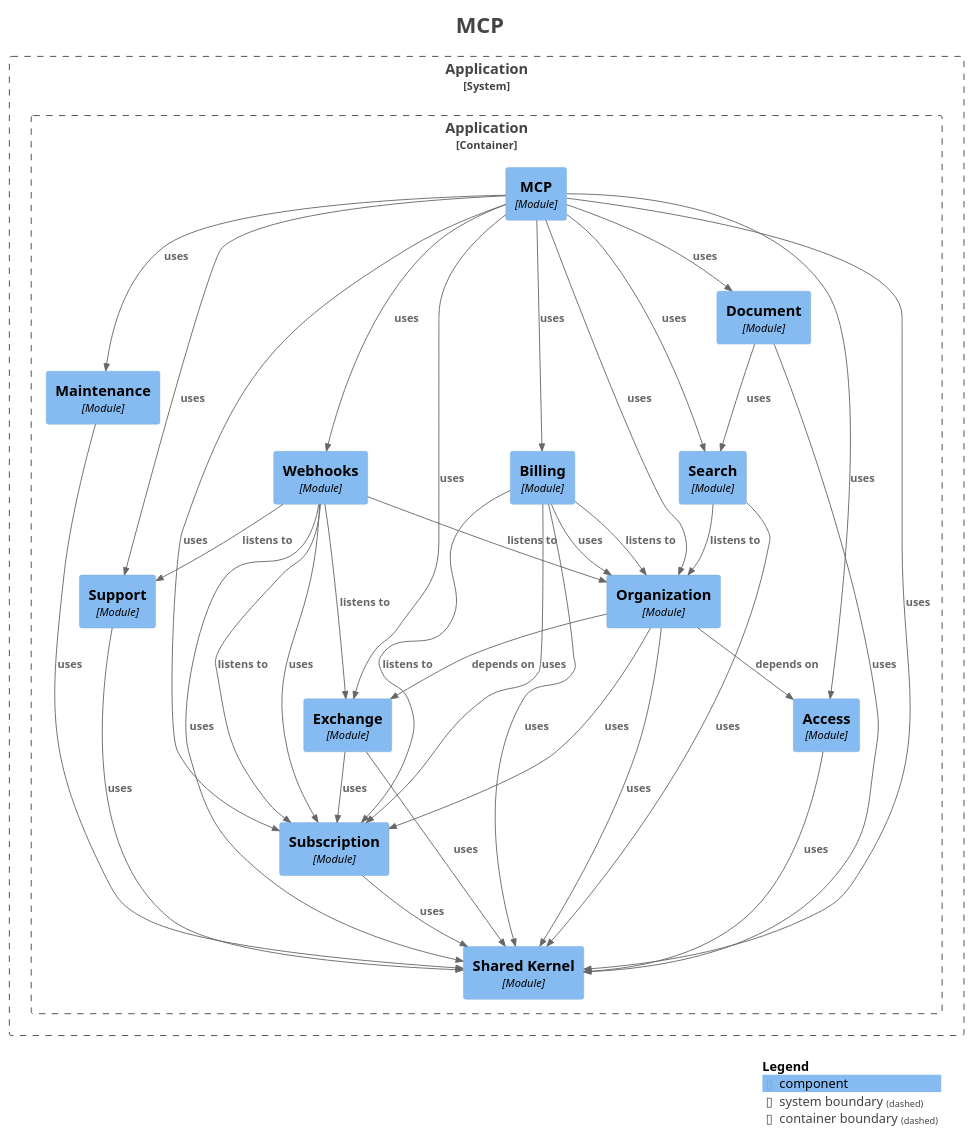
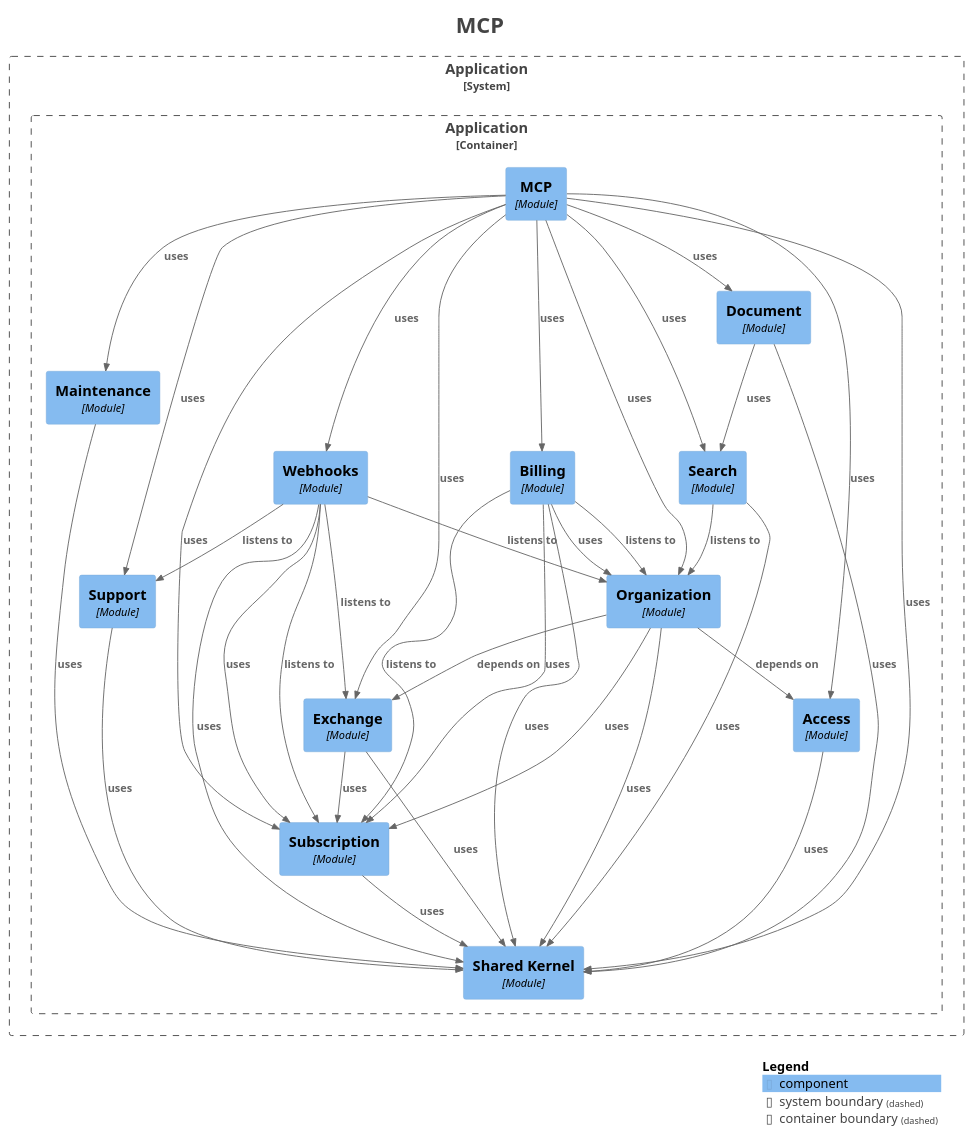
Before and after one commit to Paul-Ayesiga/enterprise-modulith-template: the diagram in docs/modulith/module-mcp.puml, drawn with PlantUML. The commit also changed other lines of this file and 71 other files, not shown here.

```diff
--- a/docs/modulith/module-mcp.puml
+++ b/docs/modulith/module-mcp.puml
@@ -1,75 +1,75 @@
 @startuml
 title <size:24>MCP</size>
 
 set separator none
 top to bottom direction
 
 <style>
   root {
     BackgroundColor: #ffffff
     FontColor: #444444
   }
 </style>
 
 !include <C4/C4>
 !include <C4/C4_Context>
 !include <C4/C4_Component>
 
 System_Boundary("Application_boundary", "Application", $tags="") {
   Container_Boundary("Application.Application_boundary", "Application", $tags="") {
     Component(Application.Application.Maintenance, "Maintenance", $techn="Module", $descr="", $tags="", $link="")
     Component(Application.Application.Subscription, "Subscription", $techn="Module", $descr="", $tags="", $link="")
     Component(Application.Application.Exchange, "Exchange", $techn="Module", $descr="", $tags="", $link="")
     Component(Application.Application.Organization, "Organization", $techn="Module", $descr="", $tags="", $link="")
     Component(Application.Application.Billing, "Billing", $techn="Module", $descr="", $tags="", $link="")
     Component(Application.Application.Search, "Search", $techn="Module", $descr="", $tags="", $link="")
     Component(Application.Application.Support, "Support", $techn="Module", $descr="", $tags="", $link="")
     Component(Application.Application.Document, "Document", $techn="Module", $descr="", $tags="", $link="")
     Component(Application.Application.Webhooks, "Webhooks", $techn="Module", $descr="", $tags="", $link="")
     Component(Application.Application.MCP, "MCP", $techn="Module", $descr="", $tags="", $link="")
     Component(Application.Application.SharedKernel, "Shared Kernel", $techn="Module", $descr="", $tags="", $link="")
     Component(Application.Application.Access, "Access", $techn="Module", $descr="", $tags="", $link="")
   }
 
 }
 
-Rel(Application.Application.Search, Application.Application.Organization, "listens to", $techn="", $tags="", $link="")
-Rel(Application.Application.Search, Application.Application.SharedKernel, "uses", $techn="", $tags="", $link="")
-Rel(Application.Application.Maintenance, Application.Application.SharedKernel, "uses", $techn="", $tags="", $link="")
-Rel(Application.Application.Webhooks, Application.Application.Exchange, "listens to", $techn="", $tags="", $link="")
-Rel(Application.Application.Webhooks, Application.Application.Organization, "listens to", $techn="", $tags="", $link="")
-Rel(Application.Application.Webhooks, Application.Application.Subscription, "listens to", $techn="", $tags="", $link="")
-Rel(Application.Application.Webhooks, Application.Application.Support, "listens to", $techn="", $tags="", $link="")
 Rel(Application.Application.Webhooks, Application.Application.SharedKernel, "uses", $techn="", $tags="", $link="")
 Rel(Application.Application.Webhooks, Application.Application.Subscription, "uses", $techn="", $tags="", $link="")
-Rel(Application.Application.Support, Application.Application.SharedKernel, "uses", $techn="", $tags="", $link="")
+Rel(Application.Application.Organization, Application.Application.Access, "depends on", $techn="", $tags="", $link="")
+Rel(Application.Application.Organization, Application.Application.Exchange, "depends on", $techn="", $tags="", $link="")
+Rel(Application.Application.Organization, Application.Application.SharedKernel, "uses", $techn="", $tags="", $link="")
+Rel(Application.Application.Organization, Application.Application.Subscription, "uses", $techn="", $tags="", $link="")
+Rel(Application.Application.Document, Application.Application.Search, "uses", $techn="", $tags="", $link="")
+Rel(Application.Application.Document, Application.Application.SharedKernel, "uses", $techn="", $tags="", $link="")
 Rel(Application.Application.Billing, Application.Application.Subscription, "listens to", $techn="", $tags="", $link="")
 Rel(Application.Application.Billing, Application.Application.Organization, "listens to", $techn="", $tags="", $link="")
 Rel(Application.Application.Billing, Application.Application.Subscription, "uses", $techn="", $tags="", $link="")
 Rel(Application.Application.Billing, Application.Application.SharedKernel, "uses", $techn="", $tags="", $link="")
 Rel(Application.Application.Billing, Application.Application.Organization, "uses", $techn="", $tags="", $link="")
-Rel(Application.Application.Organization, Application.Application.Access, "depends on", $techn="", $tags="", $link="")
-Rel(Application.Application.Organization, Application.Application.Exchange, "depends on", $techn="", $tags="", $link="")
-Rel(Application.Application.Organization, Application.Application.SharedKernel, "uses", $techn="", $tags="", $link="")
-Rel(Application.Application.Organization, Application.Application.Subscription, "uses", $techn="", $tags="", $link="")
+Rel(Application.Application.Access, Application.Application.SharedKernel, "uses", $techn="", $tags="", $link="")
+Rel(Application.Application.Maintenance, Application.Application.SharedKernel, "uses", $techn="", $tags="", $link="")
+Rel(Application.Application.Exchange, Application.Application.SharedKernel, "uses", $techn="", $tags="", $link="")
+Rel(Application.Application.Exchange, Application.Application.Subscription, "uses", $techn="", $tags="", $link="")
 Rel(Application.Application.MCP, Application.Application.SharedKernel, "uses", $techn="", $tags="", $link="")
 Rel(Application.Application.MCP, Application.Application.Webhooks, "uses", $techn="", $tags="", $link="")
 Rel(Application.Application.MCP, Application.Application.Access, "uses", $techn="", $tags="", $link="")
 Rel(Application.Application.MCP, Application.Application.Maintenance, "uses", $techn="", $tags="", $link="")
 Rel(Application.Application.MCP, Application.Application.Subscription, "uses", $techn="", $tags="", $link="")
 Rel(Application.Application.MCP, Application.Application.Document, "uses", $techn="", $tags="", $link="")
 Rel(Application.Application.MCP, Application.Application.Exchange, "uses", $techn="", $tags="", $link="")
 Rel(Application.Application.MCP, Application.Application.Organization, "uses", $techn="", $tags="", $link="")
 Rel(Application.Application.MCP, Application.Application.Search, "uses", $techn="", $tags="", $link="")
 Rel(Application.Application.MCP, Application.Application.Billing, "uses", $techn="", $tags="", $link="")
 Rel(Application.Application.MCP, Application.Application.Support, "uses", $techn="", $tags="", $link="")
-Rel(Application.Application.Document, Application.Application.Search, "uses", $techn="", $tags="", $link="")
-Rel(Application.Application.Document, Application.Application.SharedKernel, "uses", $techn="", $tags="", $link="")
-Rel(Application.Application.Access, Application.Application.SharedKernel, "uses", $techn="", $tags="", $link="")
+Rel(Application.Application.Support, Application.Application.SharedKernel, "uses", $techn="", $tags="", $link="")
+Rel(Application.Application.Search, Application.Application.Organization, "listens to", $techn="", $tags="", $link="")
+Rel(Application.Application.Search, Application.Application.SharedKernel, "uses", $techn="", $tags="", $link="")
 Rel(Application.Application.Subscription, Application.Application.SharedKernel, "uses", $techn="", $tags="", $link="")
-Rel(Application.Application.Exchange, Application.Application.SharedKernel, "uses", $techn="", $tags="", $link="")
-Rel(Application.Application.Exchange, Application.Application.Subscription, "uses", $techn="", $tags="", $link="")
+Rel(Application.Application.Webhooks, Application.Application.Organization, "listens to", $techn="", $tags="", $link="")
+Rel(Application.Application.Webhooks, Application.Application.Subscription, "listens to", $techn="", $tags="", $link="")
+Rel(Application.Application.Webhooks, Application.Application.Support, "listens to", $techn="", $tags="", $link="")
+Rel(Application.Application.Webhooks, Application.Application.Exchange, "listens to", $techn="", $tags="", $link="")
 
 SHOW_LEGEND(true)
 hide stereotypes
 @enduml
```
